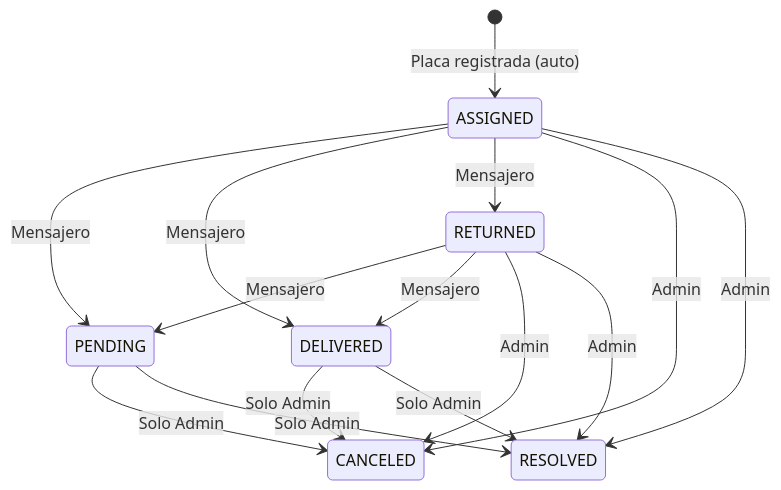
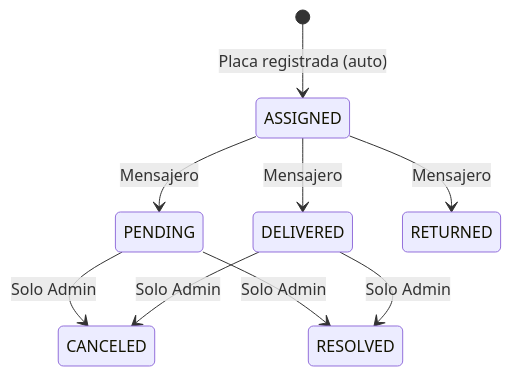
Before and after one commit to fttmatteo/messenger-backend: the sixth of 6 diagrams in README.md, drawn with Mermaid. The commit also changed other lines of this file and 1 other file, not shown here.

````diff
--- a/README.md
+++ b/README.md
@@ -1157,23 +1164,14 @@
 ```mermaid
 stateDiagram-v2
     [*] --> ASSIGNED: Placa registrada (auto)
     
     ASSIGNED --> PENDING: Mensajero
     ASSIGNED --> DELIVERED: Mensajero
     ASSIGNED --> RETURNED: Mensajero
     
-    RETURNED --> PENDING: Mensajero
-    RETURNED --> DELIVERED: Mensajero
-    
     PENDING --> CANCELED: Solo Admin
     PENDING --> RESOLVED: Solo Admin
     
     DELIVERED --> CANCELED: Solo Admin
     DELIVERED --> RESOLVED: Solo Admin
-    
-    RETURNED --> CANCELED: Admin
-    RETURNED --> RESOLVED: Admin
-    
-    ASSIGNED --> CANCELED: Admin
-    ASSIGNED --> RESOLVED: Admin
 ```
````
